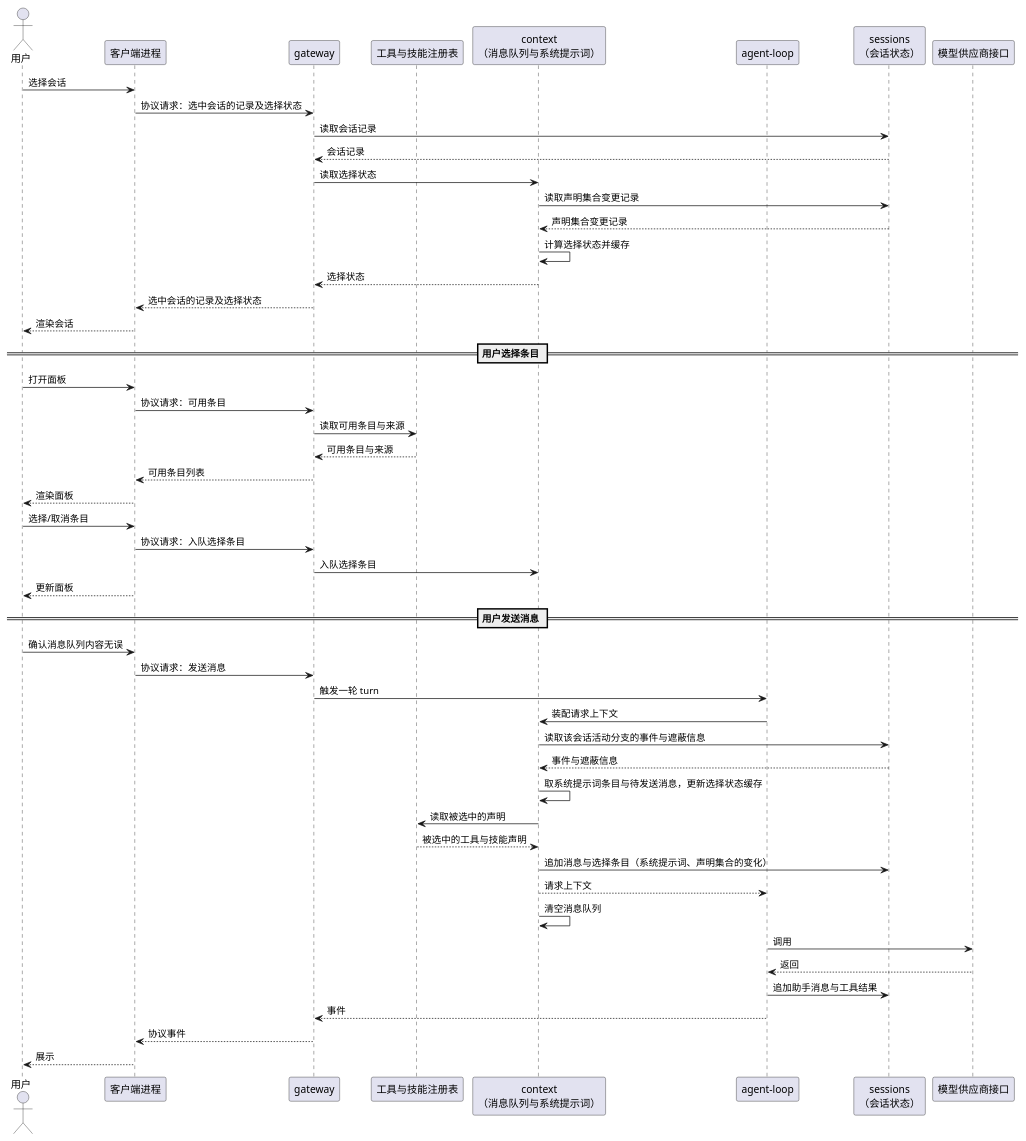
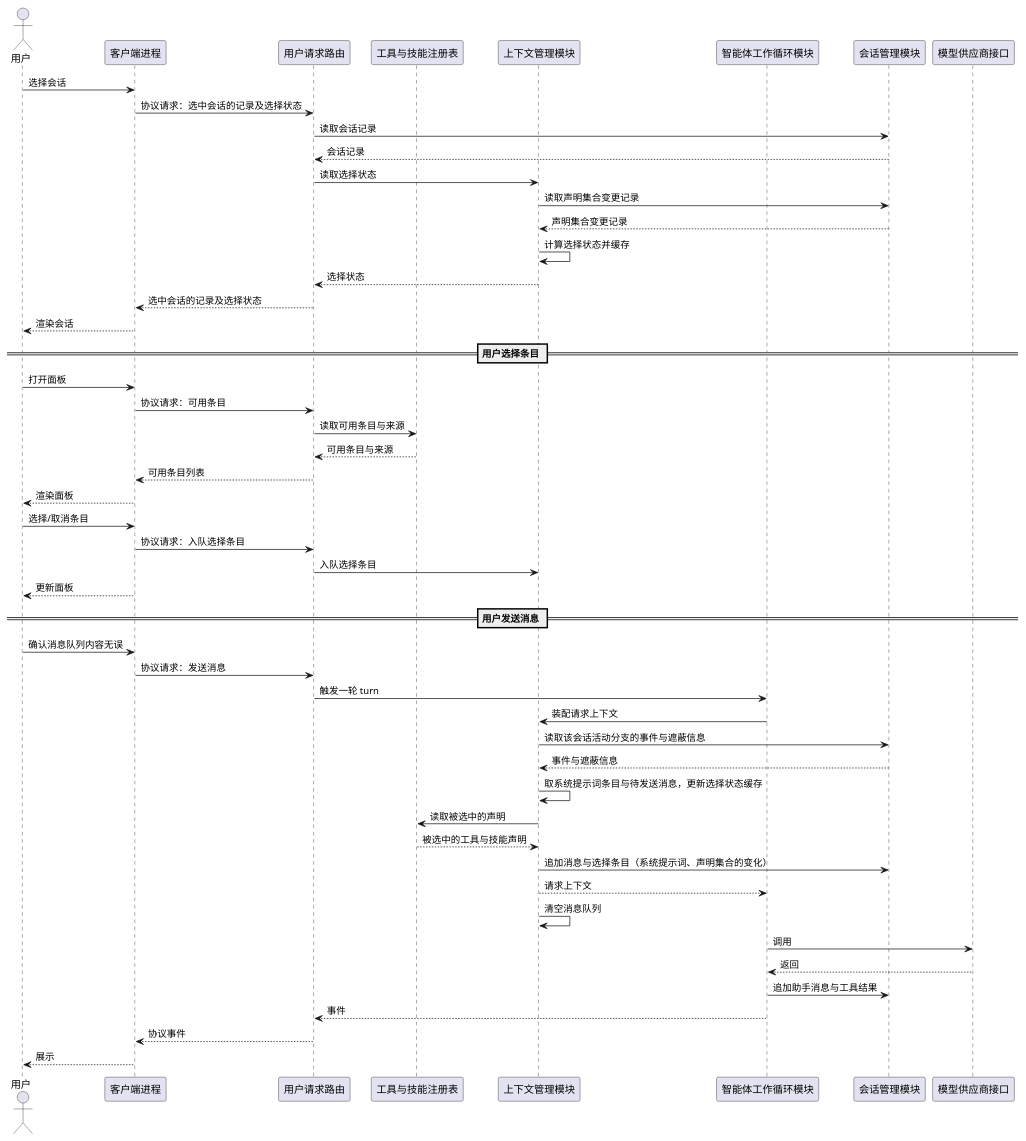
Before and after one commit to pisciculus0413/Pisces: the fifth of 9 diagrams in docs/1 High-Level Design/1 High-Level Design.md, drawn with PlantUML. The commit also changed other lines of this file, not shown here.

````diff
--- a/docs/1 High-Level Design/1 High-Level Design.md
+++ b/docs/1 High-Level Design/1 High-Level Design.md
@@ -440,56 +452,56 @@
 ```plantuml
 @startuml
 actor "用户" as user
 participant "客户端进程" as client
-participant "gateway" as gateway
+participant "用户请求路由" as Gateway
 participant "工具与技能注册表" as registry
-participant "context\n（消息队列与系统提示词）" as context
-participant "agent-loop" as agent
-participant "sessions\n（会话状态）" as sessions
+participant "上下文管理模块" as Context
+participant "智能体工作循环模块" as AgentLoopDriver
+participant "会话管理模块" as Sessions
 participant "模型供应商接口" as provider
 
 user -> client : 选择会话
-client -> gateway : 协议请求：选中会话的记录及选择状态
-gateway -> sessions : 读取会话记录
-sessions --> gateway : 会话记录
-gateway -> context : 读取选择状态
-context -> sessions : 读取声明集合变更记录
-sessions --> context : 声明集合变更记录
-context -> context : 计算选择状态并缓存
-context --> gateway : 选择状态
-gateway --> client : 选中会话的记录及选择状态
+client -> Gateway : 协议请求：选中会话的记录及选择状态
+Gateway -> Sessions : 读取会话记录
+Sessions --> Gateway : 会话记录
+Gateway -> Context : 读取选择状态
+Context -> Sessions : 读取声明集合变更记录
+Sessions --> Context : 声明集合变更记录
+Context -> Context : 计算选择状态并缓存
+Context --> Gateway : 选择状态
+Gateway --> client : 选中会话的记录及选择状态
 client --> user : 渲染会话
 
 == 用户选择条目 ==
 user -> client : 打开面板
-client -> gateway : 协议请求：可用条目
-gateway -> registry : 读取可用条目与来源
-registry --> gateway : 可用条目与来源
-gateway --> client : 可用条目列表
+client -> Gateway : 协议请求：可用条目
+Gateway -> registry : 读取可用条目与来源
+registry --> Gateway : 可用条目与来源
+Gateway --> client : 可用条目列表
 client --> user : 渲染面板
 user -> client : 选择/取消条目
-client -> gateway : 协议请求：入队选择条目
-gateway -> context : 入队选择条目
+client -> Gateway : 协议请求：入队选择条目
+Gateway -> Context : 入队选择条目
 client --> user : 更新面板
 
 == 用户发送消息 ==
 user -> client : 确认消息队列内容无误
-client -> gateway : 协议请求：发送消息
-gateway -> agent : 触发一轮 turn
-agent -> context : 装配请求上下文
-context -> sessions : 读取该会话活动分支的事件与遮蔽信息
-sessions --> context : 事件与遮蔽信息
-context -> context : 取系统提示词条目与待发送消息，更新选择状态缓存
-context -> registry : 读取被选中的声明
-registry --> context : 被选中的工具与技能声明
-context -> sessions : 追加消息与选择条目（系统提示词、声明集合的变化）
-context --> agent : 请求上下文
-context -> context : 清空消息队列
-agent -> provider : 调用
-provider --> agent : 返回
-agent -> sessions : 追加助手消息与工具结果
-agent --> gateway : 事件
-gateway --> client : 协议事件
+client -> Gateway : 协议请求：发送消息
+Gateway -> AgentLoopDriver : 触发一轮 turn
+AgentLoopDriver -> Context : 装配请求上下文
+Context -> Sessions : 读取该会话活动分支的事件与遮蔽信息
+Sessions --> Context : 事件与遮蔽信息
+Context -> Context : 取系统提示词条目与待发送消息，更新选择状态缓存
+Context -> registry : 读取被选中的声明
+registry --> Context : 被选中的工具与技能声明
+Context -> Sessions : 追加消息与选择条目（系统提示词、声明集合的变化）
+Context --> AgentLoopDriver : 请求上下文
+Context -> Context : 清空消息队列
+AgentLoopDriver -> provider : 调用
+provider --> AgentLoopDriver : 返回
+AgentLoopDriver -> Sessions : 追加助手消息与工具结果
+AgentLoopDriver --> Gateway : 事件
+Gateway --> client : 协议事件
 client --> user : 展示
 @enduml
 ```
````
